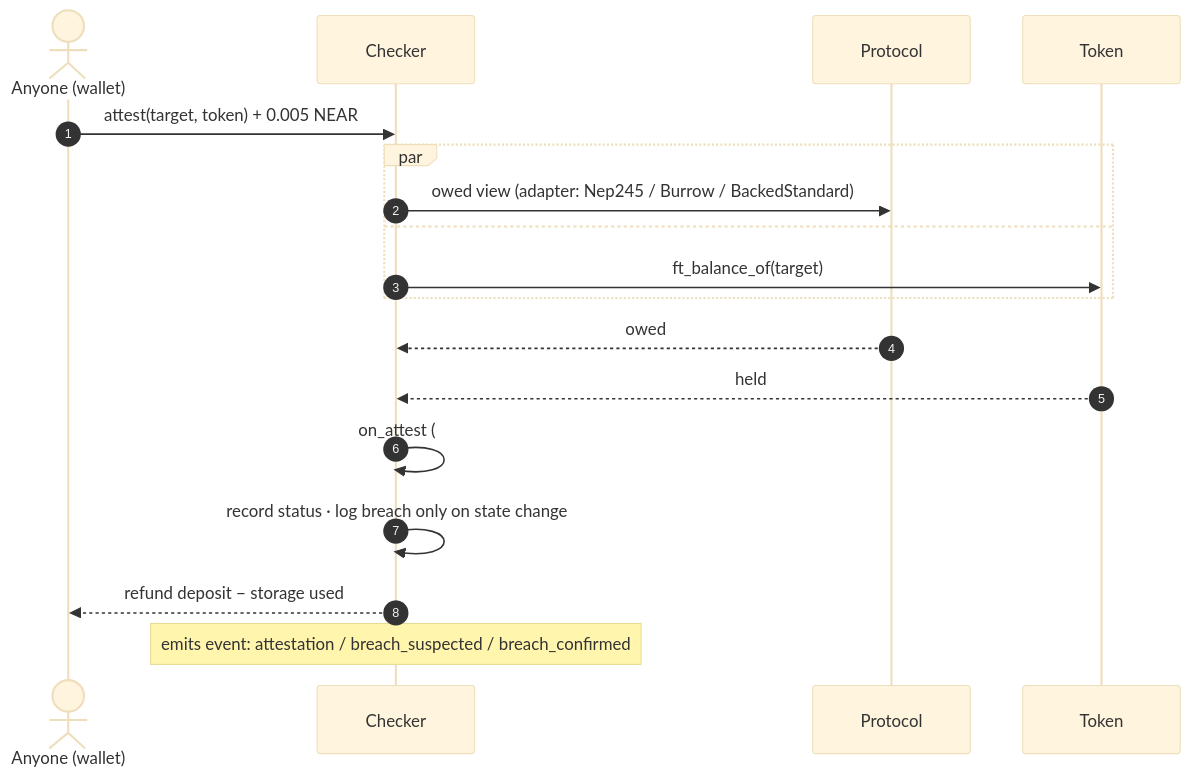
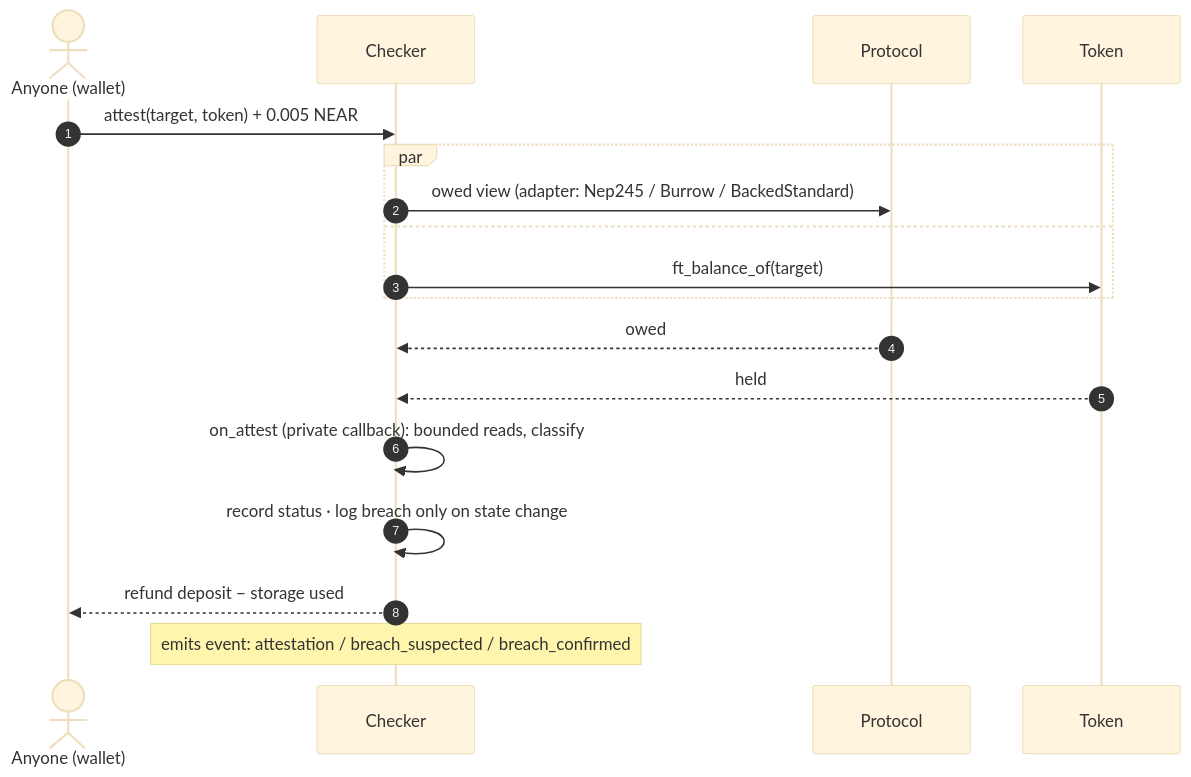
The fourth of 12 diagrams in README.md (rohan911438/Backed), drawn with Mermaid (base theme) before and after one commit. The commit also changed other lines of this file and 1 other file, not shown here.

First line of the commit message:
README: fix and simplify Mermaid diagrams

````diff
--- a/README.md
+++ b/README.md
@@ -515,20 +509,20 @@
 ```mermaid
 sequenceDiagram
     autonumber
     actor U as Anyone (wallet)
     participant K as Checker
     participant P as Protocol
     participant T as Token
     U->>K: attest(target, token) + 0.005 NEAR
     par
         K->>P: owed view (adapter: Nep245 / Burrow / BackedStandard)
     and
         K->>T: ft_balance_of(target)
     end
     P-->>K: owed
     T-->>K: held
-    K->>K: on_attest (#[private]): bounded result reads, classify
+    K->>K: on_attest (private callback): bounded reads, classify
     K->>K: record status · log breach only on state change
     K-->>U: refund deposit − storage used
     Note over K: emits event: attestation / breach_suspected / breach_confirmed
 ```
````
